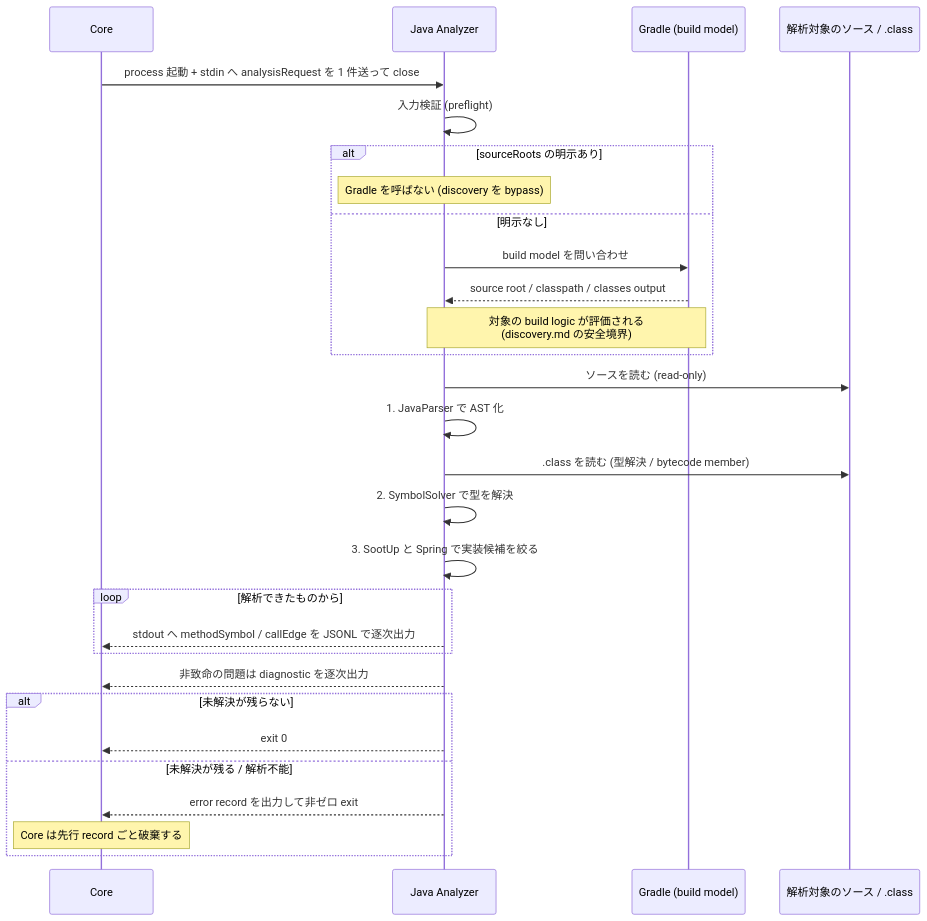
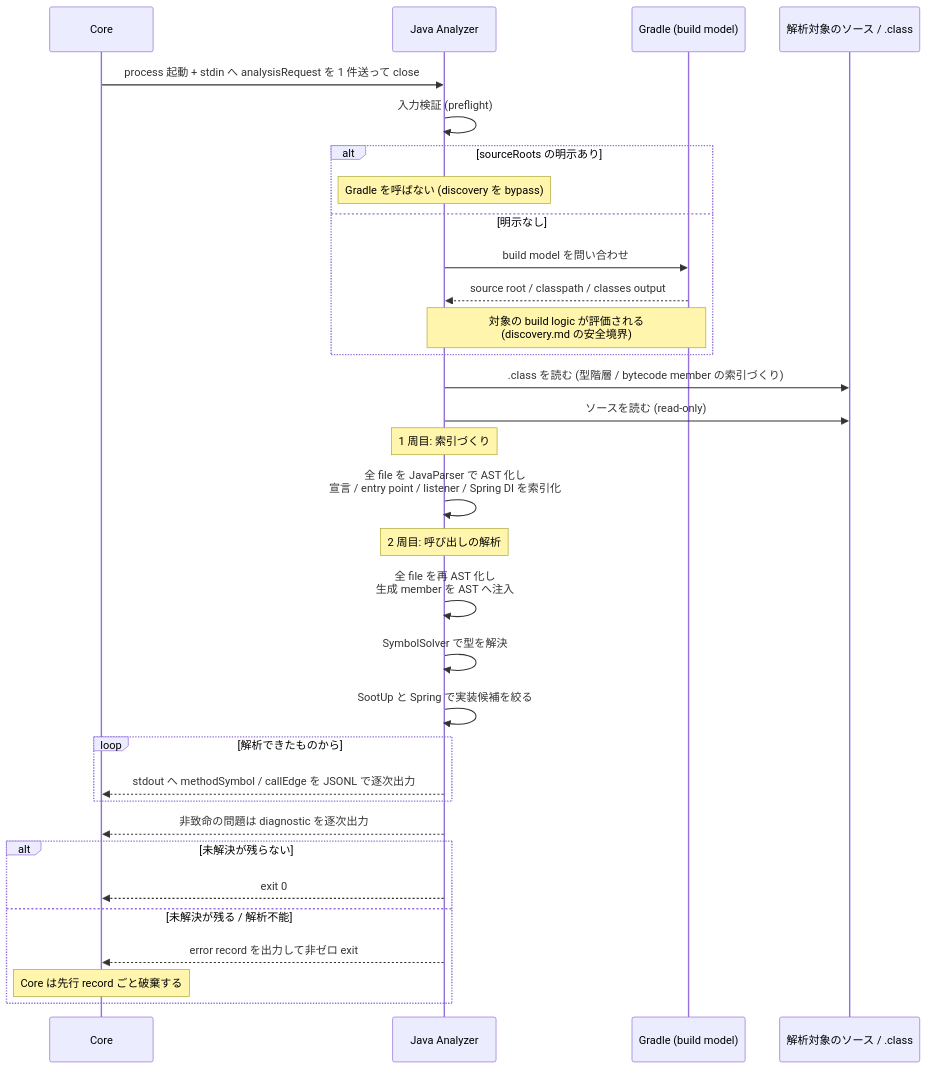
Before and after one commit to Fukuemon/depwalk: the first of 2 diagrams in design/features/java-analyzer/DesignDoc_java-analyzer.md, drawn with Mermaid. The commit also changed other lines of this file and 11 other files, not shown here.

````diff
--- a/design/features/java-analyzer/DesignDoc_java-analyzer.md
+++ b/design/features/java-analyzer/DesignDoc_java-analyzer.md
@@ -195,36 +210,41 @@
 ```mermaid
 sequenceDiagram
     participant Core
     participant Analyzer as Java Analyzer
     participant Gradle as Gradle (build model)
     participant FS as 解析対象のソース / .class
 
     Core->>Analyzer: process 起動 + stdin へ analysisRequest を 1 件送って close
     Analyzer->>Analyzer: 入力検証 (preflight)
 
     alt sourceRoots の明示あり
         Note over Analyzer: Gradle を呼ばない (discovery を bypass)
     else 明示なし
         Analyzer->>Gradle: build model を問い合わせ
         Gradle-->>Analyzer: source root / classpath / classes output
         Note over Analyzer,Gradle: 対象の build logic が評価される<br/>(discovery.md の安全境界)
     end
 
+    Analyzer->>FS: .class を読む (型階層 / bytecode member の索引づくり)
     Analyzer->>FS: ソースを読む (read-only)
-    Analyzer->>Analyzer: 1. JavaParser で AST 化
-    Analyzer->>FS: .class を読む (型解決 / bytecode member)
-    Analyzer->>Analyzer: 2. SymbolSolver で型を解決
-    Analyzer->>Analyzer: 3. SootUp と Spring で実装候補を絞る
+
+    Note over Analyzer: 1 周目: 索引づくり
+    Analyzer->>Analyzer: 全 file を JavaParser で AST 化し<br/>宣言 / entry point / listener / Spring DI を索引化
+
+    Note over Analyzer: 2 周目: 呼び出しの解析
+    Analyzer->>Analyzer: 全 file を再 AST 化し<br/>生成 member を AST へ注入
+    Analyzer->>Analyzer: SymbolSolver で型を解決
+    Analyzer->>Analyzer: SootUp と Spring で実装候補を絞る
 
     loop 解析できたものから
         Analyzer-->>Core: stdout へ methodSymbol / callEdge を JSONL で逐次出力
     end
     Analyzer-->>Core: 非致命の問題は diagnostic を逐次出力
 
     alt 未解決が残らない
         Analyzer-->>Core: exit 0
     else 未解決が残る / 解析不能
         Analyzer-->>Core: error record を出力して非ゼロ exit
         Note over Core: Core は先行 record ごと破棄する
     end
 ```
````
